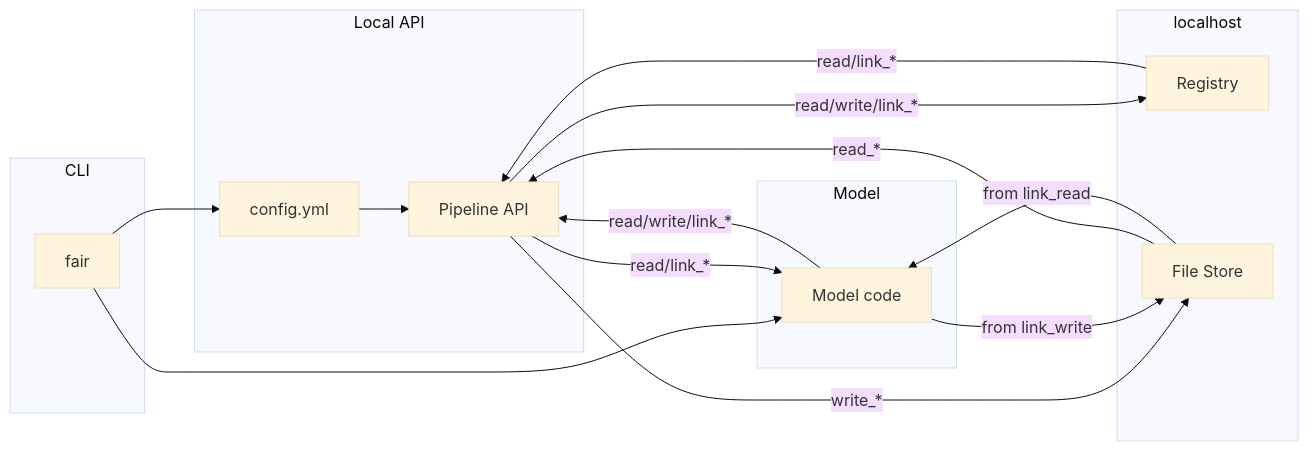
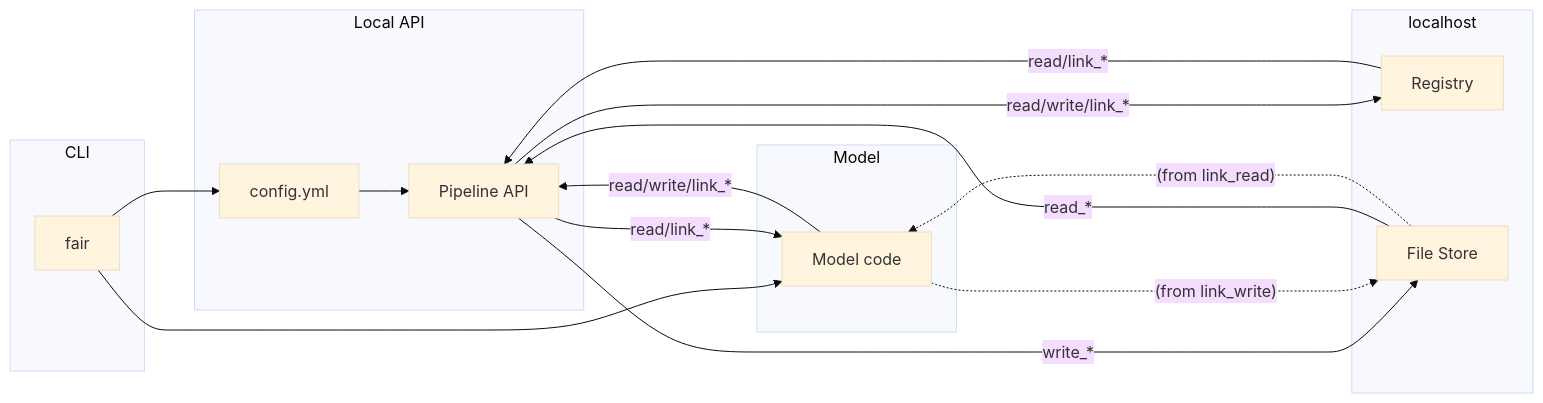
Before and after one commit to FAIRDataPipeline/hugo_source_files: the first of 2 diagrams in content/_index.md, drawn with Mermaid (base theme).

Commit message:
Dotted links

```diff
--- a/content/_index.md
+++ b/content/_index.md
@@ -23,35 +23,35 @@
 {{<mermaid align="left">}}
 graph LR;
     subgraph CLI
         fair
     end
     subgraph Local API
         API[Pipeline API]
         CY[config.yml]
     end
     subgraph localhost
         LR[Registry]
         FS[File Store]
     end
     subgraph Model
         MC[Model code]
     end
  
     fair --> CY
     CY --> API
 
     fair --> MC
 
     MC --> |read/write/link_*| API
     API --> |read/write/link_*| LR
 
     LR --> |read/link_*| API
     API --> |read/link_*| MC
 
     API --> |write_*| FS
     FS  --> |read_*| API
 
-    MC --> |from link_write| FS
-    FS --> |from link_read| MC
+    MC -...-> |"(from link_write)"| FS
+    FS -...-> |"(from link_read)"| MC
 
 {{< /mermaid >}}
```
